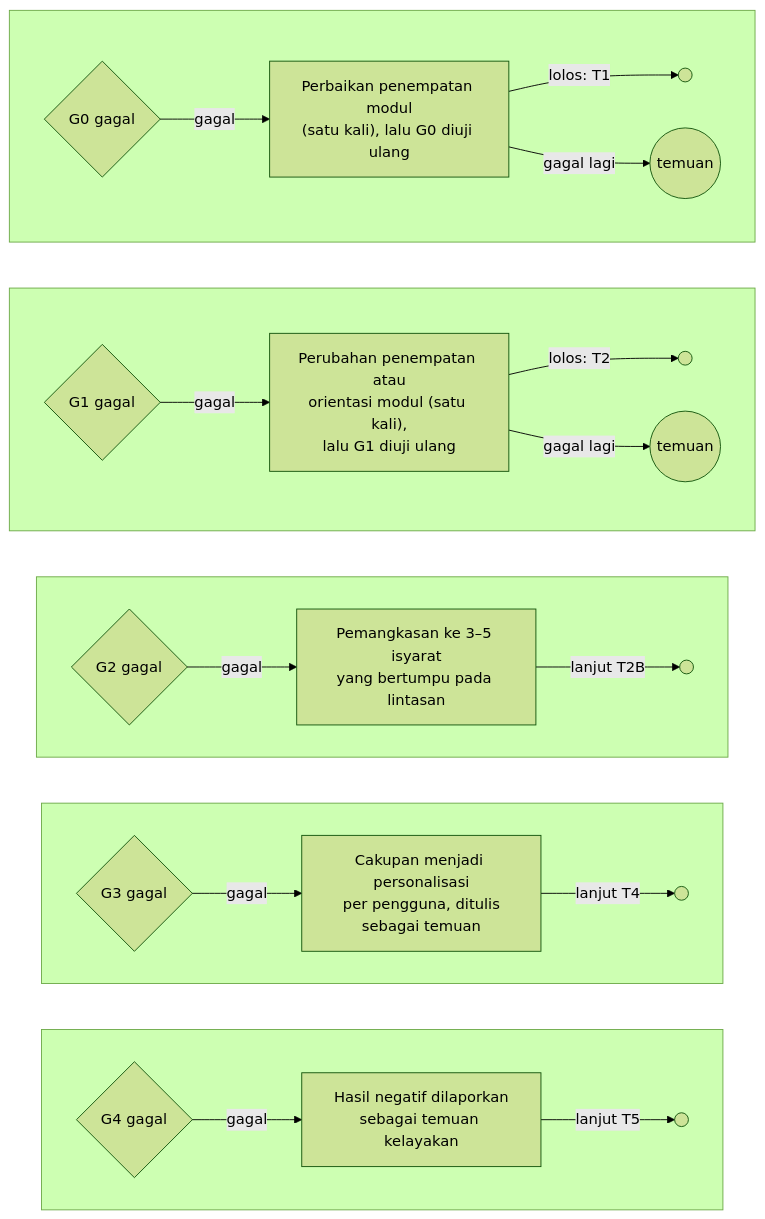
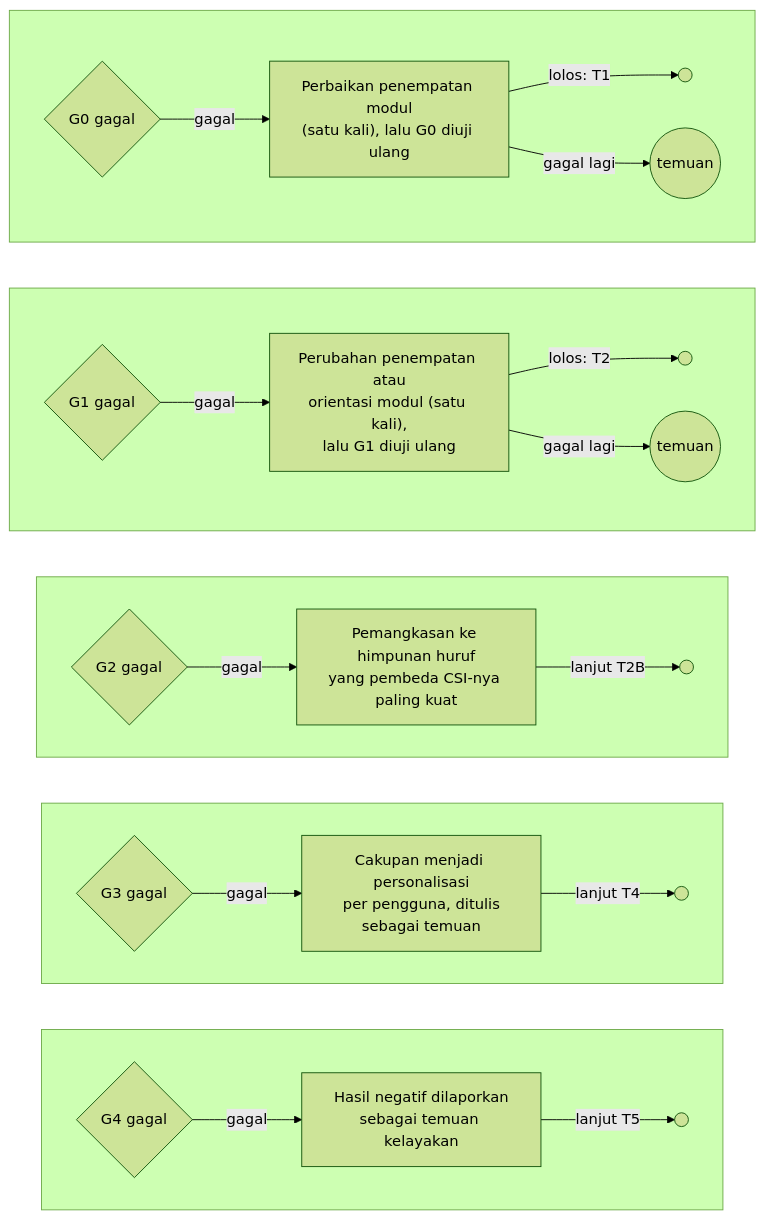
The second of 8 diagrams in download/translator-sibi-final/draft-final.md (ILoveTahuTek/skripsi), drawn with Mermaid (forest theme) before and after one commit. The commit also changed other lines of this file and 15 other files, not shown here.

````diff
--- a/download/translator-sibi-final/draft-final.md
+++ b/download/translator-sibi-final/draft-final.md
@@ -287,51 +287,51 @@
 ```mermaid
 flowchart TB
     subgraph R0[" "]
         direction LR
         G0{"G0 gagal"}
         P0["Perbaikan penempatan modul<br/>(satu kali), lalu G0 diuji ulang"]
         O0((" "))
         B0(("temuan"))
         G0 -- "gagal" --> P0
         P0 -- "lolos: T1" --> O0
         P0 -- "gagal lagi" --> B0
     end
     subgraph R1[" "]
         direction LR
         G1{"G1 gagal"}
         P1["Perubahan penempatan atau<br/>orientasi modul (satu kali),<br/>lalu G1 diuji ulang"]
         O1((" "))
         B1(("temuan"))
         G1 -- "gagal" --> P1
         P1 -- "lolos: T2" --> O1
         P1 -- "gagal lagi" --> B1
     end
     subgraph R2[" "]
         direction LR
         G2{"G2 gagal"}
-        P2["Pemangkasan ke 3–5 isyarat<br/>yang bertumpu pada lintasan"]
+        P2["Pemangkasan ke himpunan huruf<br/>yang pembeda CSI-nya paling kuat"]
         O2((" "))
         G2 -- "gagal" --> P2
         P2 -- "lanjut T2B" --> O2
     end
     subgraph R3[" "]
         direction LR
         G3{"G3 gagal"}
         P3["Cakupan menjadi personalisasi<br/>per pengguna, ditulis<br/>sebagai temuan"]
         O3((" "))
         G3 -- "gagal" --> P3
         P3 -- "lanjut T4" --> O3
     end
     subgraph R4[" "]
         direction LR
         G4{"G4 gagal"}
         P4["Hasil negatif dilaporkan<br/>sebagai temuan kelayakan"]
         O4((" "))
         G4 -- "gagal" --> P4
         P4 -- "lanjut T5" --> O4
     end
     R0 ~~~ R1
     R1 ~~~ R2
     R2 ~~~ R3
     R3 ~~~ R4
 ```
````
